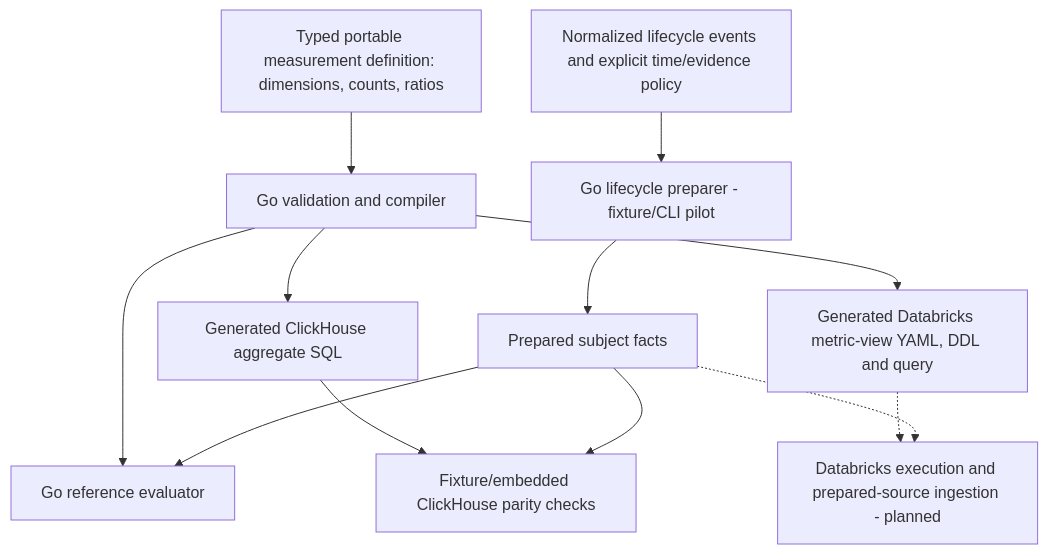
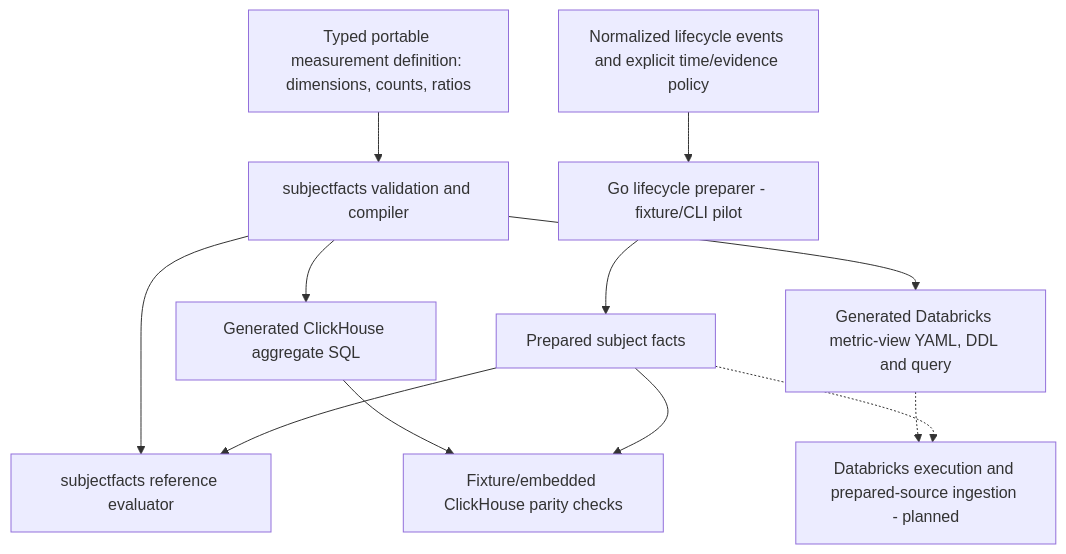
The fourth of 44 diagrams in docs/ARCHITECTURE_DIAGRAMS.md (casselc/goo), drawn with Mermaid before and after one commit. The commit also changed other lines of this file and 34 other files, not shown here.

Commit message:
Clarify prepared-fact compiler boundary as subjectfacts

````diff
--- a/docs/ARCHITECTURE_DIAGRAMS.md
+++ b/docs/ARCHITECTURE_DIAGRAMS.md
@@ -160,22 +160,22 @@
 ```mermaid
 flowchart TB
   Events["Normalized lifecycle events and explicit time/evidence policy"]
   Prepare["Go lifecycle preparer - fixture/CLI pilot"]
   Facts["Prepared subject facts"]
   Definition["Typed portable measurement definition: dimensions, counts, ratios"]
-  Validate["Go validation and compiler"]
-  Ref["Go reference evaluator"]
+  Validate["subjectfacts validation and compiler"]
+  Ref["subjectfacts reference evaluator"]
   CHPlan["Generated ClickHouse aggregate SQL"]
   DBPlan["Generated Databricks metric-view YAML, DDL and query"]
   CHRun["Fixture/embedded ClickHouse parity checks"]
   DBFuture["Databricks execution and prepared-source ingestion - planned"]
   Events --> Prepare --> Facts
   Definition --> Validate
   Validate --> Ref
   Facts --> Ref
   Validate --> CHPlan --> CHRun
   Facts --> CHRun
   Validate --> DBPlan
   DBPlan -.-> DBFuture
   Facts -.-> DBFuture
 ```
````
